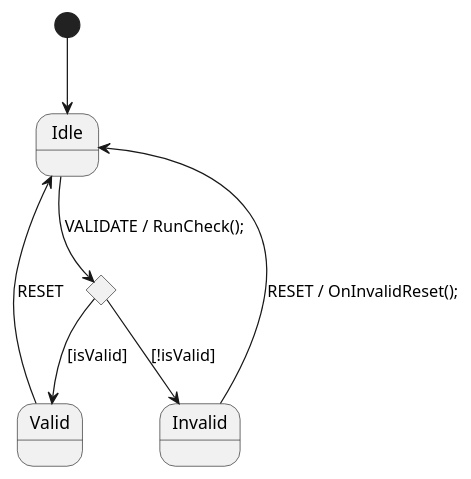
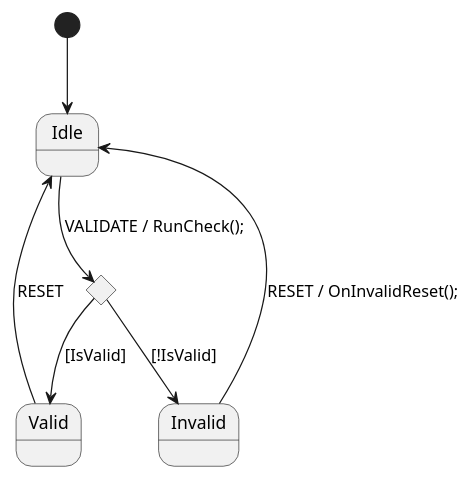
One commit to IAFahim/statesmith-skills changed the fourth of 4 diagrams in README.md. Above: the diagram before and after it, drawn with PlantUML. The commit also changed other lines of this file, not shown here.

````diff
--- a/README.md
+++ b/README.md
@@ -223,25 +224,25 @@
 ```plantuml
 @startuml Validator
 /'! $CONFIG : toml
 SmRunnerSettings.transpilerId = "CSharp"
 [RenderConfig.CSharp]
 NameSpace = "MyApp"
 Usings = """
 using System;
 """
 UsePartialClass = true
 '/
 
 [*] --> Idle
 
 state "check" as check <<choice>>
 
 Idle  --> check  : VALIDATE / RunCheck();
-check --> Valid   : [isValid]
-check --> Invalid : [!isValid]
+check --> Valid   : [IsValid]
+check --> Invalid : [!IsValid]
 
 Valid   --> Idle : RESET
 Invalid --> Idle : RESET / OnInvalidReset();
 
 @enduml
 ```
````
